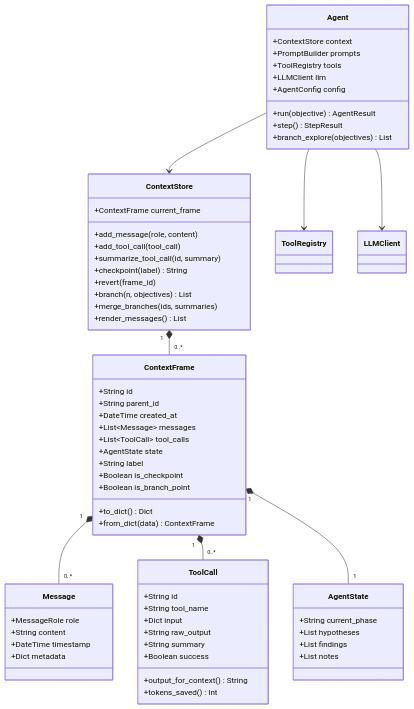
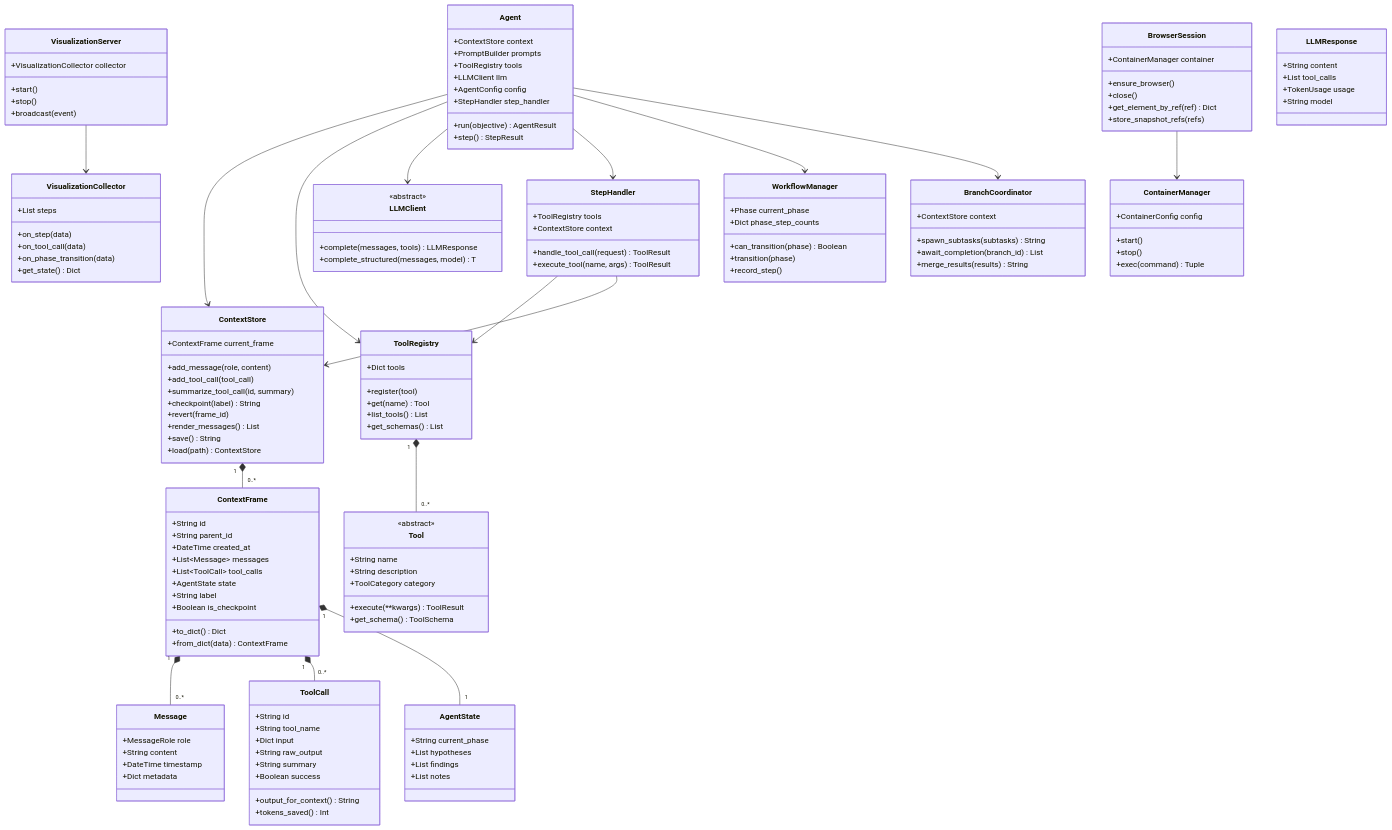
Before and after one commit to nwang783/tempo-sec: the diagram in diagrams/mermaid/class_diagram.mermaid, drawn with Mermaid. The commit also changed 5 other files, not shown here.

```diff
--- a/diagrams/mermaid/class_diagram.mermaid
+++ b/diagrams/mermaid/class_diagram.mermaid
@@ -1,70 +1,169 @@
 classDiagram
+    %% Context Layer
     class ContextFrame {
         +String id
         +String parent_id
         +DateTime created_at
         +List~Message~ messages
         +List~ToolCall~ tool_calls
         +AgentState state
         +String label
         +Boolean is_checkpoint
-        +Boolean is_branch_point
         +to_dict() Dict
         +from_dict(data) ContextFrame
     }
     
     class Message {
         +MessageRole role
         +String content
         +DateTime timestamp
         +Dict metadata
     }
     
     class ToolCall {
         +String id
         +String tool_name
         +Dict input
         +String raw_output
         +String summary
         +Boolean success
         +output_for_context() String
         +tokens_saved() Int
     }
     
     class AgentState {
         +String current_phase
         +List hypotheses
         +List findings
         +List notes
     }
     
     class ContextStore {
         +ContextFrame current_frame
         +add_message(role, content)
         +add_tool_call(tool_call)
         +summarize_tool_call(id, summary)
         +checkpoint(label) String
         +revert(frame_id)
-        +branch(n, objectives) List
-        +merge_branches(ids, summaries)
         +render_messages() List
+        +save() String
+        +load(path) ContextStore
     }
     
+    %% Agent Layer
     class Agent {
         +ContextStore context
         +PromptBuilder prompts
         +ToolRegistry tools
         +LLMClient llm
         +AgentConfig config
+        +StepHandler step_handler
         +run(objective) AgentResult
         +step() StepResult
-        +branch_explore(objectives) List
     }
     
+    class StepHandler {
+        +ToolRegistry tools
+        +ContextStore context
+        +handle_tool_call(request) ToolResult
+        +execute_tool(name, args) ToolResult
+    }
+    
+    class BranchCoordinator {
+        +ContextStore context
+        +spawn_subtasks(subtasks) String
+        +await_completion(branch_id) List
+        +merge_results(results) String
+    }
+    
+    class WorkflowManager {
+        +Phase current_phase
+        +Dict phase_step_counts
+        +can_transition(phase) Boolean
+        +transition(phase)
+        +record_step()
+    }
+    
+    %% Tools Layer
+    class Tool {
+        <<abstract>>
+        +String name
+        +String description
+        +ToolCategory category
+        +execute(**kwargs) ToolResult
+        +get_schema() ToolSchema
+    }
+    
+    class ToolRegistry {
+        +Dict tools
+        +register(tool)
+        +get(name) Tool
+        +list_tools() List
+        +get_schemas() List
+    }
+    
+    class BrowserSession {
+        +ContainerManager container
+        +ensure_browser()
+        +close()
+        +get_element_by_ref(ref) Dict
+        +store_snapshot_refs(refs)
+    }
+    
+    %% Visualization Layer
+    class VisualizationCollector {
+        +List steps
+        +on_step(data)
+        +on_tool_call(data)
+        +on_phase_transition(data)
+        +get_state() Dict
+    }
+    
+    class VisualizationServer {
+        +VisualizationCollector collector
+        +start()
+        +stop()
+        +broadcast(event)
+    }
+    
+    %% Infrastructure Layer
+    class LLMClient {
+        <<abstract>>
+        +complete(messages, tools) LLMResponse
+        +complete_structured(messages, model) T
+    }
+    
+    class LLMResponse {
+        +String content
+        +List tool_calls
+        +TokenUsage usage
+        +String model
+    }
+    
+    class ContainerManager {
+        +ContainerConfig config
+        +start()
+        +stop()
+        +exec(command) Tuple
+    }
+    
+    %% Relationships
     ContextFrame "1" *-- "0..*" Message
     ContextFrame "1" *-- "0..*" ToolCall
     ContextFrame "1" *-- "1" AgentState
     ContextStore "1" *-- "0..*" ContextFrame
+    
     Agent --> ContextStore
     Agent --> ToolRegistry
     Agent --> LLMClient
+    Agent --> StepHandler
+    Agent --> WorkflowManager
+    Agent --> BranchCoordinator
+    
+    StepHandler --> ToolRegistry
+    StepHandler --> ContextStore
+    
+    ToolRegistry "1" *-- "0..*" Tool
+    BrowserSession --> ContainerManager
+    
+    VisualizationServer --> VisualizationCollector
```
